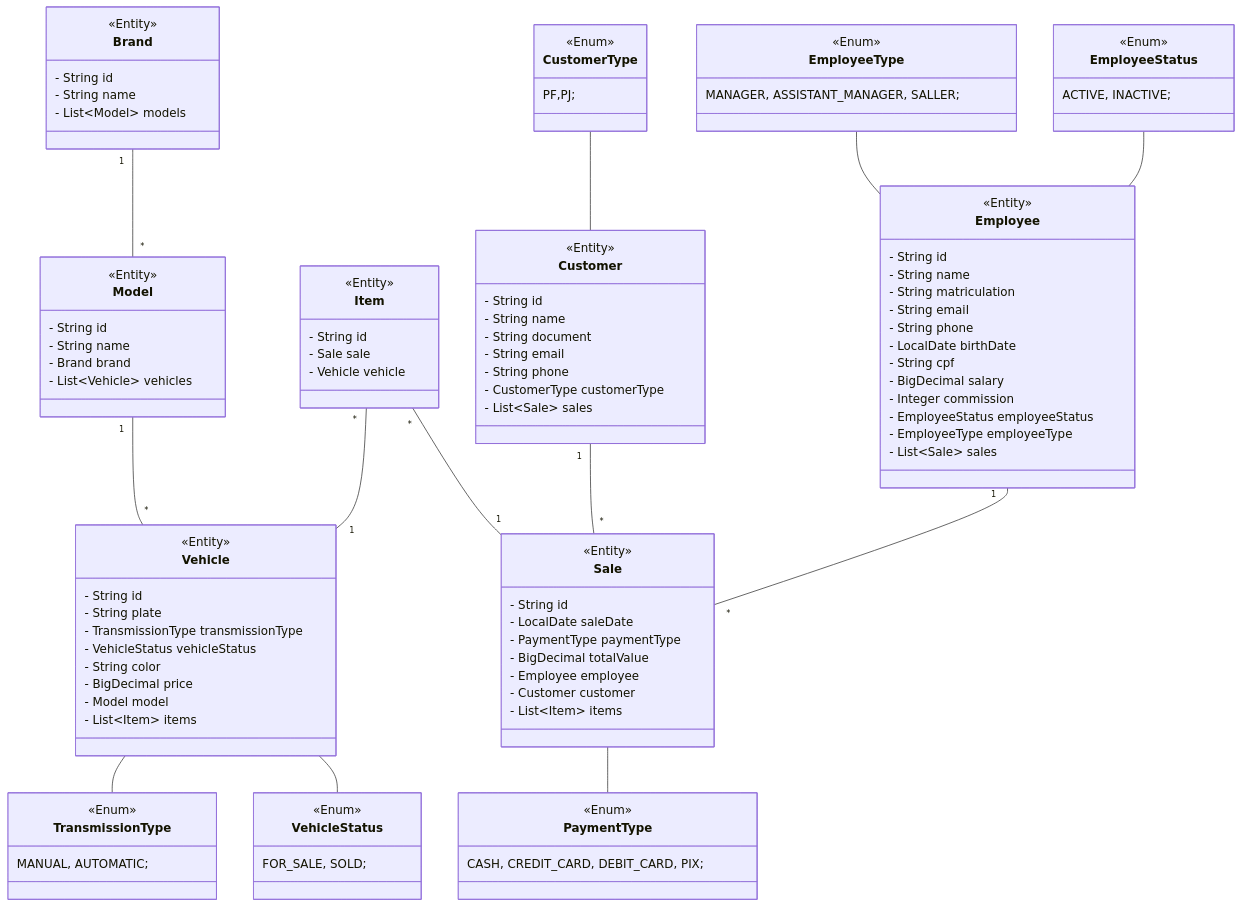
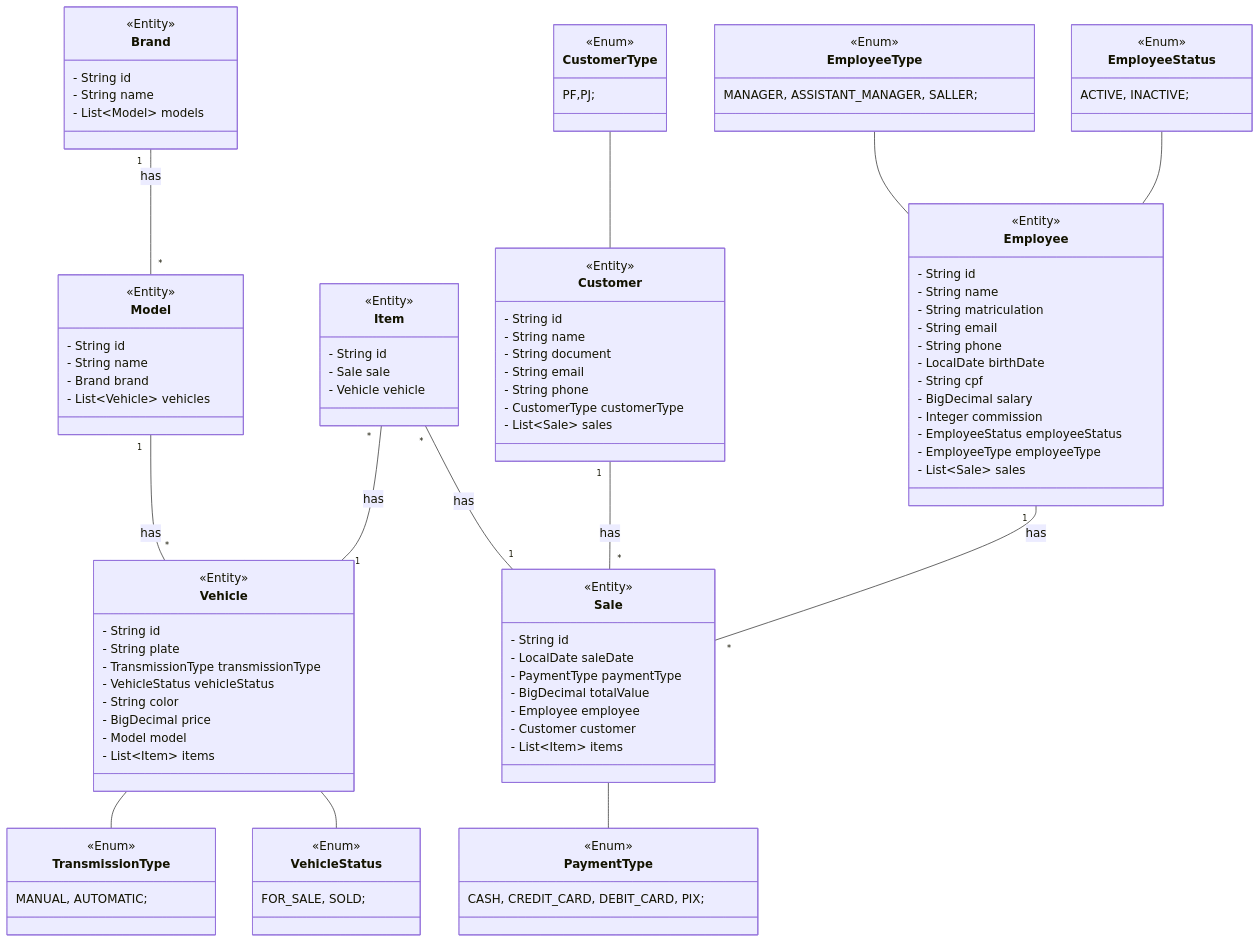
The diagram in README.md (abnerjosefelixbarbosa/auto-mendes), drawn with Mermaid before and after one commit. The commit also changed other lines of this file, not shown here.

Commit message:
docs: atualizar README.
Removed redundant details from the application description in the README.

````diff
--- a/README.md
+++ b/README.md
@@ -9,17 +9,17 @@
 ```mermaid
 classDiagram
 
-Employee "1" -- "*" Sale
+Employee "1" -- "*" Sale : has
 
-Customer "1" -- "*" Sale
+Customer "1" -- "*" Sale : has
 
-Item "*" --  "1" Vehicle 
+Item "*" --  "1" Vehicle : has
 
-Item "*" -- "1" Sale 
+Item "*" -- "1" Sale : has
 
-Model "1" -- "*" Vehicle 
+Model "1" -- "*" Vehicle : has
 
-Brand "1" -- "*" Model
+Brand "1" -- "*" Model : has
 
 CustomerType -- Customer
 
````
